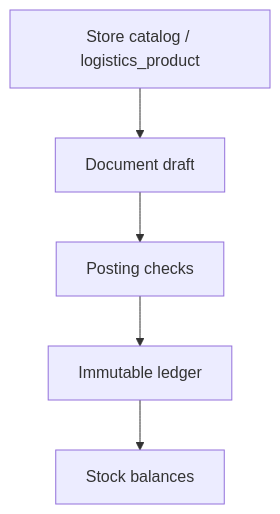
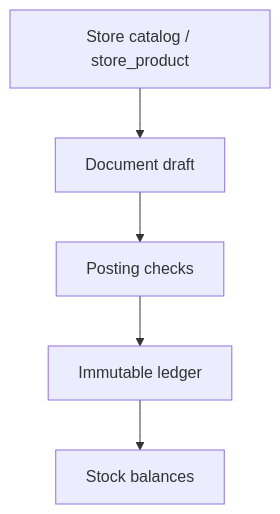
One commit to dzorogh/oryx changed the diagram in docs/features/logistics.md. Above: the diagram before and after it, drawn with Mermaid. The commit also changed other lines of this file and 22 other files, not shown here.

First line of the commit message:
refactor: prefix Store tables as store_* and put plant on the product

````diff
--- a/docs/features/logistics.md
+++ b/docs/features/logistics.md
@@ -48,13 +48,13 @@
 ```mermaid
 flowchart TD
-  catalog[Store catalog / logistics_product]
+  catalog[Store catalog / store_product]
   doc[Document draft]
   check[Posting checks]
   ledger[Immutable ledger]
   stock[Stock balances]
 
   catalog --> doc
   doc --> check
   check --> ledger
   ledger --> stock
 ```
````
